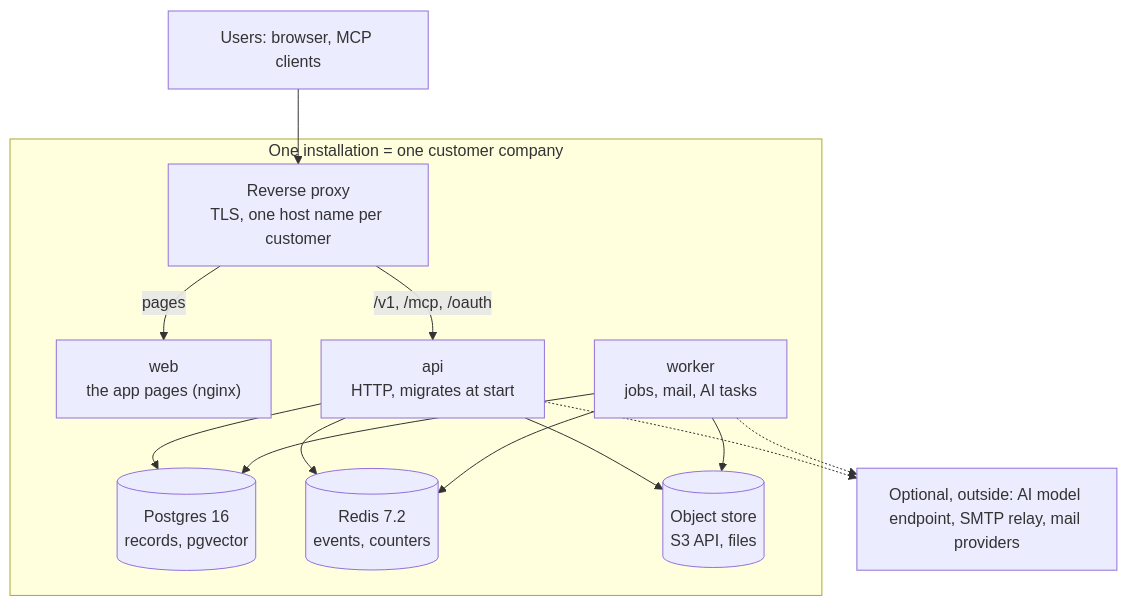
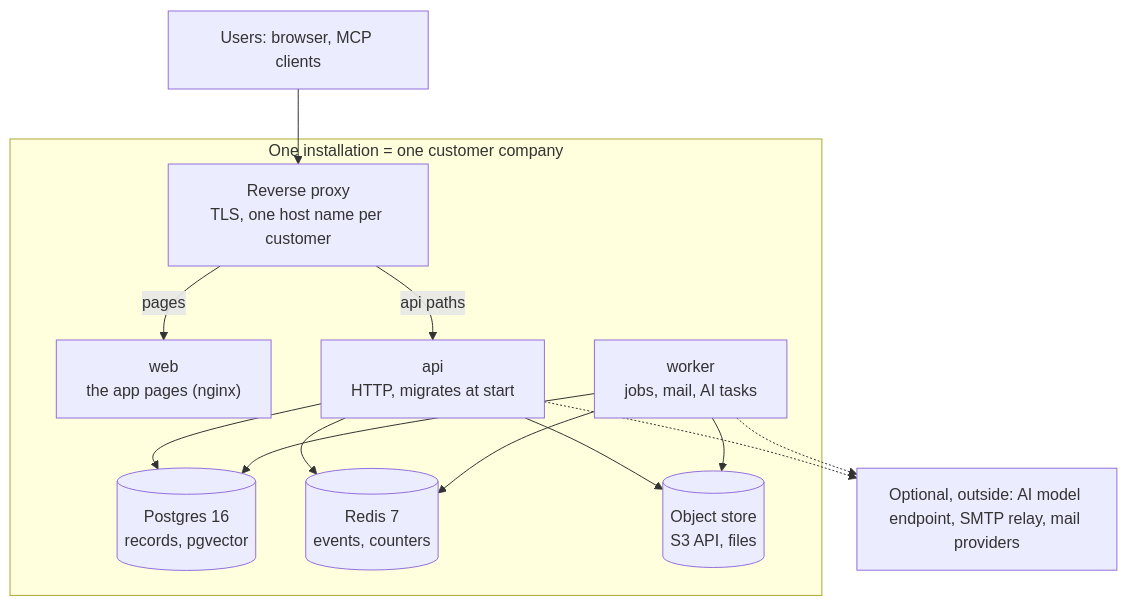
Before and after one commit to bfs2021/margince: the diagram in docs/how-to/host-margince-for-customers.md, drawn with Mermaid. The commit also changed other lines of this file, not shown here.

````diff
--- a/docs/how-to/host-margince-for-customers.md
+++ b/docs/how-to/host-margince-for-customers.md
@@ -7,22 +7,22 @@
 ```mermaid
 flowchart TB
     users["Users: browser, MCP clients"]
     subgraph inst["One installation = one customer company"]
         proxy["Reverse proxy<br/>TLS, one host name per customer"]
         web["web<br/>the app pages (nginx)"]
         api["api<br/>HTTP, migrates at start"]
         worker["worker<br/>jobs, mail, AI tasks"]
         pg[("Postgres 16<br/>records, pgvector")]
-        redis[("Redis 7.2<br/>events, counters")]
+        redis[("Redis 7<br/>events, counters")]
         s3[("Object store<br/>S3 API, files")]
     end
     outside["Optional, outside: AI model endpoint, SMTP relay, mail providers"]
 
     users --> proxy
     proxy -- pages --> web
-    proxy -- "/v1, /mcp, /oauth" --> api
+    proxy -- "api paths" --> api
     api --> pg & redis & s3
     worker --> pg & redis & s3
     api -.-> outside
     worker -.-> outside
 ```
````
